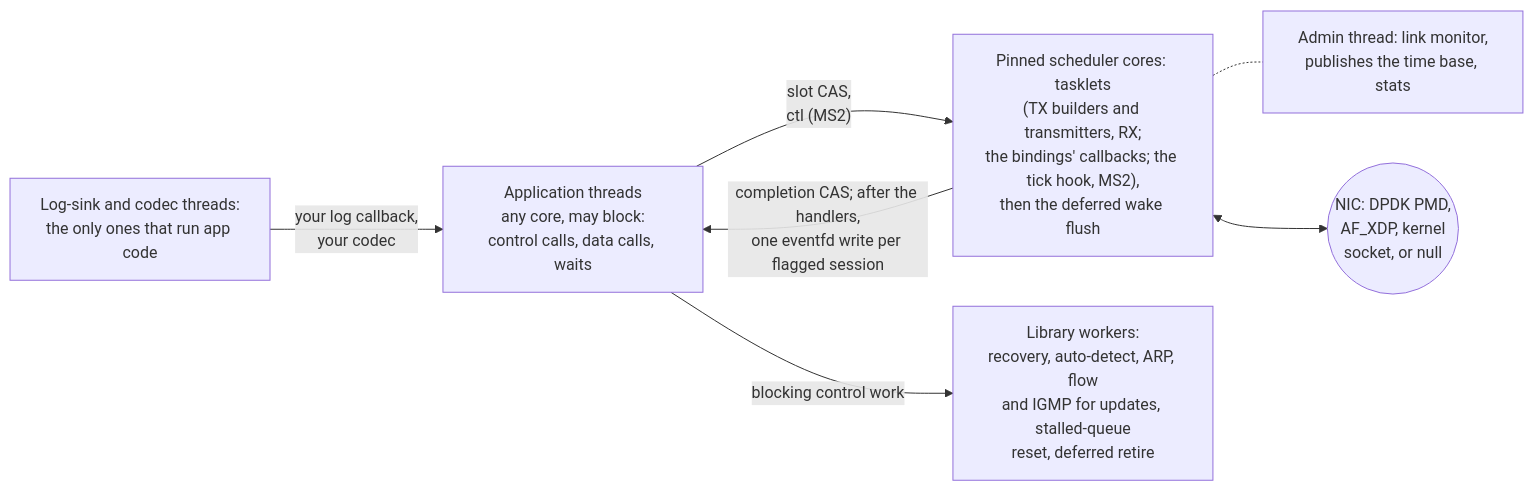
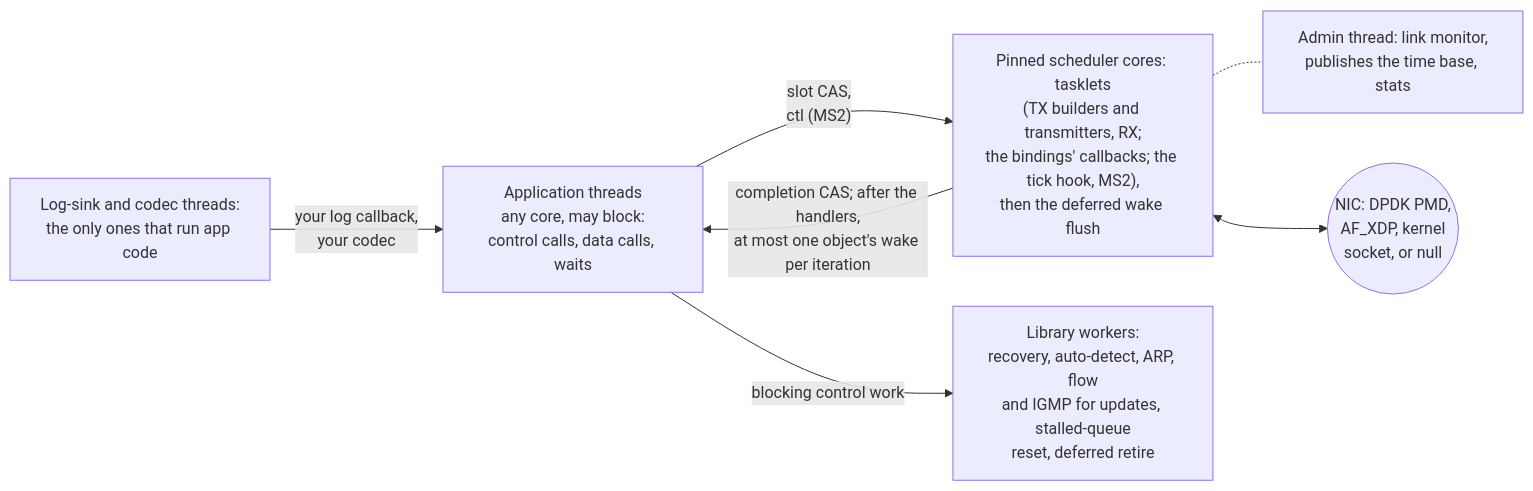
One commit to Sakoram/Media-Transport-Library changed diagram 21 of 56 in doc/unified-api/diagrams.md. Above: the diagram before and after it, drawn with Mermaid. The commit also changed other lines of this file and 53 other files, not shown here.

````diff
--- a/doc/unified-api/diagrams.md
+++ b/doc/unified-api/diagrams.md
@@ -591,15 +592,15 @@
 ```mermaid
 flowchart LR
     APP["Application threads<br/>any core, may block:<br/>control calls, data calls, waits"]
     TK["Pinned scheduler cores: tasklets<br/>(TX builders and transmitters, RX;<br/>the bindings' callbacks; the tick hook, MS2),<br/>then the deferred wake flush"]
     WK["Library workers:<br/>recovery, auto-detect, ARP, flow<br/>and IGMP for updates, stalled-queue<br/>reset, deferred retire"]
     AD["Admin thread: link monitor,<br/>publishes the time base, stats"]
     DS["Log-sink and codec threads:<br/>the only ones that run app code"]
     NIC(("NIC: DPDK PMD,<br/>AF_XDP, kernel<br/>socket, or null"))
     APP -->|"slot CAS,<br/>ctl (MS2)"| TK
-    TK -->|"completion CAS; after the handlers,<br/>one eventfd write per flagged session"| APP
+    TK -->|"completion CAS; after the handlers,<br/>at most one object's wake per iteration"| APP
     APP -->|"blocking control work"| WK
     TK -.- AD
     DS -->|"your log callback,<br/>your codec"| APP
     TK <--> NIC
 ```
````
